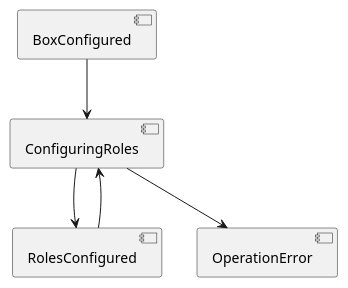
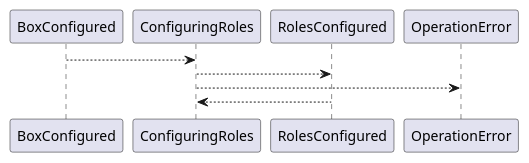
Before and after one commit to tarantool/cartridge: the diagram in rst/uml/ConfiguringRoles.puml, drawn with PlantUML. The commit also changed 6 other files, not shown here.

```diff
--- a/rst/uml/ConfiguringRoles.puml
+++ b/rst/uml/ConfiguringRoles.puml
@@ -1,8 +1,10 @@
 @startuml
 
-[BoxConfigured] --> [ConfiguringRoles]
-[ConfiguringRoles] --> [RolesConfigured]
-[ConfiguringRoles] --> [OperationError]
-[RolesConfigured] --> [ConfiguringRoles]
+hide empty description
+
+BoxConfigured --> ConfiguringRoles
+ConfiguringRoles --> RolesConfigured
+ConfiguringRoles --> OperationError
+RolesConfigured --> ConfiguringRoles
 
 @enduml
```
